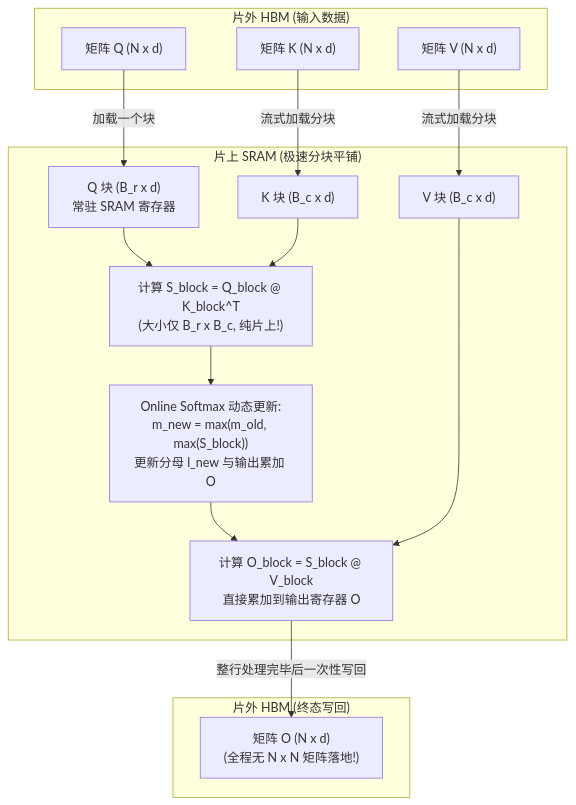
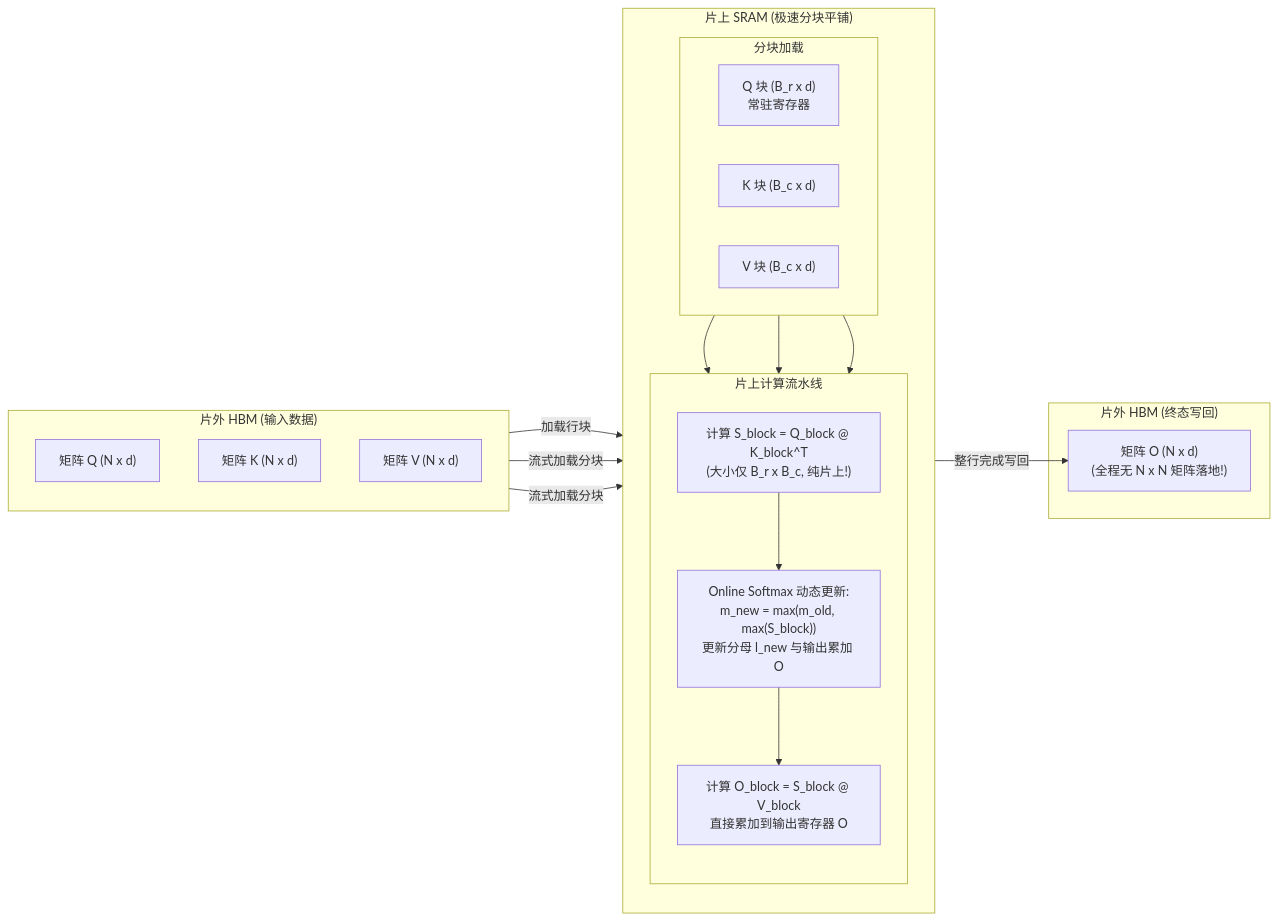
Before and after one commit to MoreConsequence/MoreConsequence.github.io: the second of 2 diagrams in content/posts/ai-infrastructure/llm-infra-02-flashattention-tiling-online-softmax.md, drawn with Mermaid. The commit also changed other lines of this file and 835 other files, not shown here.

First line of the commit message:
feat(blog): 全站33篇新增深度专栏与博文全量审核上线及矢量图表优化

````diff
--- a/content/posts/ai-infrastructure/llm-infra-02-flashattention-tiling-online-softmax.md
+++ b/content/posts/ai-infrastructure/llm-infra-02-flashattention-tiling-online-softmax.md
@@ -135,33 +129,40 @@
 ```mermaid
-flowchart TD
+flowchart LR
     subgraph HBM_Inputs["片外 HBM (输入数据)"]
+        direction TB
         Q["矩阵 Q (N x d)"]
         K["矩阵 K (N x d)"]
         V["矩阵 V (N x d)"]
     end
 
     subgraph SRAM_Tiles["片上 SRAM (极速分块平铺)"]
-        Q_block["Q 块 (B_r x d)<br/>常驻 SRAM 寄存器"]
-        K_block["K 块 (B_c x d)"]
-        V_block["V 块 (B_c x d)"]
+        direction TB
+        subgraph Blocks["分块加载"]
+            direction LR
+            Q_block["Q 块 (B_r x d)<br/>常驻寄存器"]
+            K_block["K 块 (B_c x d)"]
+            V_block["V 块 (B_c x d)"]
+        end
         
-        GEMM1["计算 S_block = Q_block @ K_block^T<br/>(大小仅 B_r x B_c, 纯片上!)"]
-        OnlineSM["Online Softmax 动态更新:<br/>m_new = max(m_old, max(S_block))<br/>更新分母 l_new 与输出累加 O"]
-        GEMM2["计算 O_block = S_block @ V_block<br/>直接累加到输出寄存器 O"]
-        
+        subgraph Pipeline["片上计算流水线"]
+            direction TB
+            GEMM1["计算 S_block = Q_block @ K_block^T<br/>(大小仅 B_r x B_c, 纯片上!)"]
+            OnlineSM["Online Softmax 动态更新:<br/>m_new = max(m_old, max(S_block))<br/>更新分母 l_new 与输出累加 O"]
+            GEMM2["计算 O_block = S_block @ V_block<br/>直接累加到输出寄存器 O"]
+            GEMM1 --> OnlineSM --> GEMM2
+        end
+
         Q_block --> GEMM1
         K_block --> GEMM1
-        GEMM1 --> OnlineSM
-        OnlineSM --> GEMM2
         V_block --> GEMM2
     end
 
     subgraph HBM_Output["片外 HBM (终态写回)"]
         O_final["矩阵 O (N x d)<br/>(全程无 N x N 矩阵落地!)"]
     end
 
-    Q -->|"加载一个块"| Q_block
+    Q -->|"加载行块"| Q_block
     K -->|"流式加载分块"| K_block
     V -->|"流式加载分块"| V_block
-    GEMM2 -->|"整行处理完毕后一次性写回"| O_final
+    GEMM2 -->|"整行完成写回"| O_final
 ```
````
